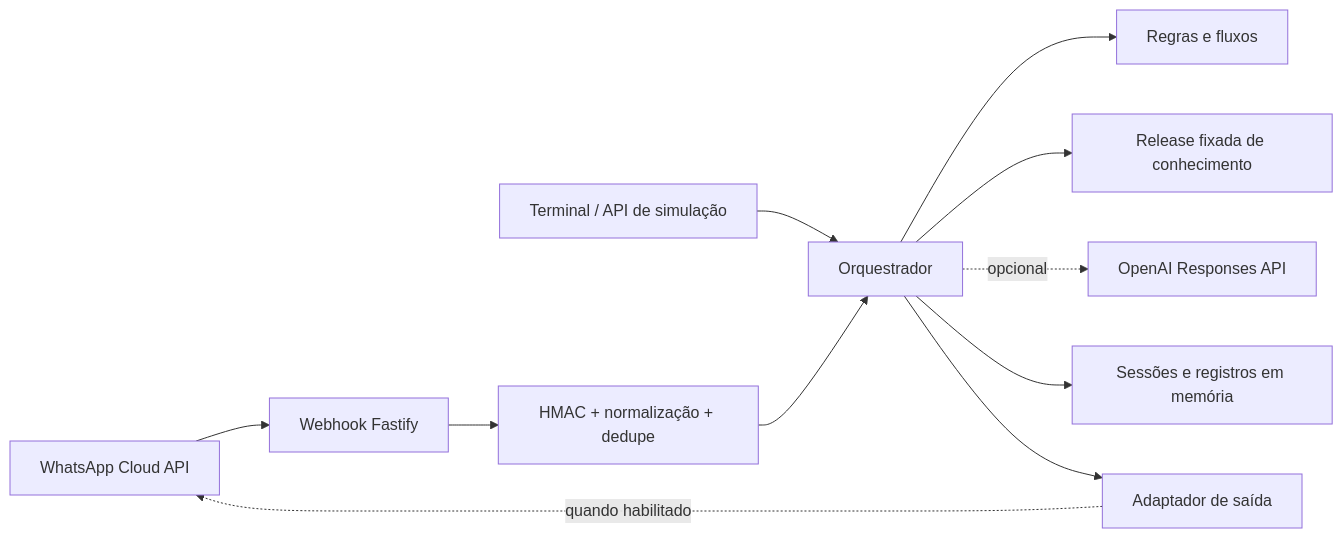
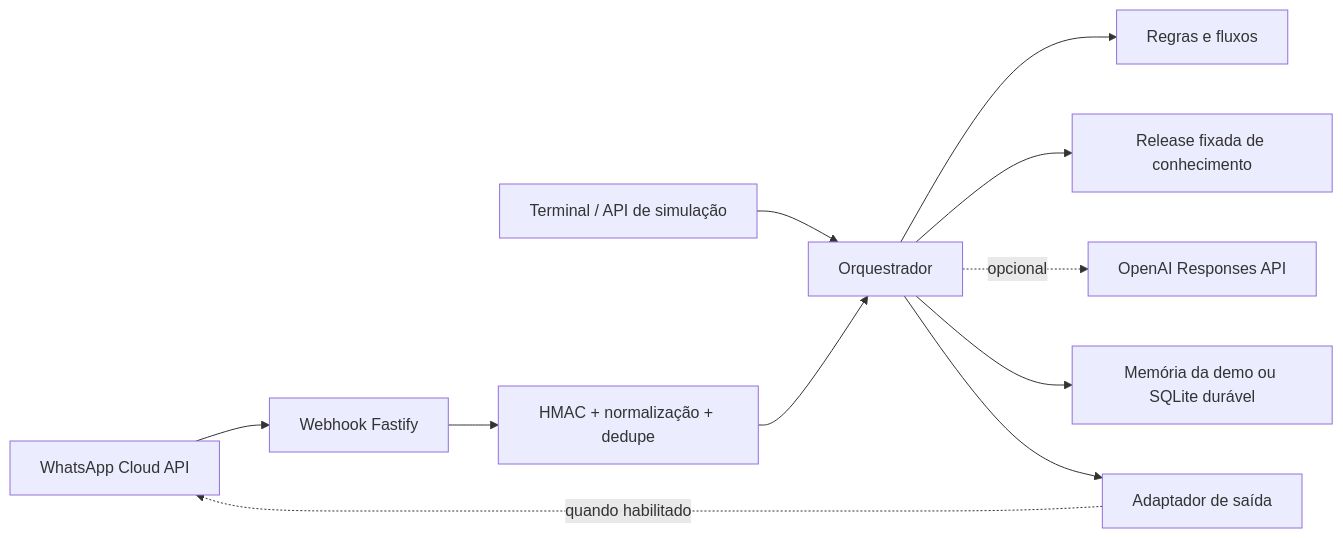
The diagram in README.md (Movits/yolo-hub-agents), drawn with Mermaid before and after one commit. The commit also changed other lines of this file and 42 other files, not shown here.

````diff
--- a/README.md
+++ b/README.md
@@ -27,13 +30,13 @@
 ```mermaid
 flowchart LR
     WA["WhatsApp Cloud API"] --> WH["Webhook Fastify"]
     SIM["Terminal / API de simulação"] --> AG["Orquestrador"]
     WH --> SIG["HMAC + normalização + dedupe"]
     SIG --> AG
     AG --> RULES["Regras e fluxos"]
     AG --> KB["Release fixada de conhecimento"]
     AG -. opcional .-> AI["OpenAI Responses API"]
-    AG --> MEM["Sessões e registros em memória"]
+    AG --> MEM["Memória da demo ou SQLite durável"]
     AG --> OUT["Adaptador de saída"]
     OUT -. quando habilitado .-> WA
 ```
````
